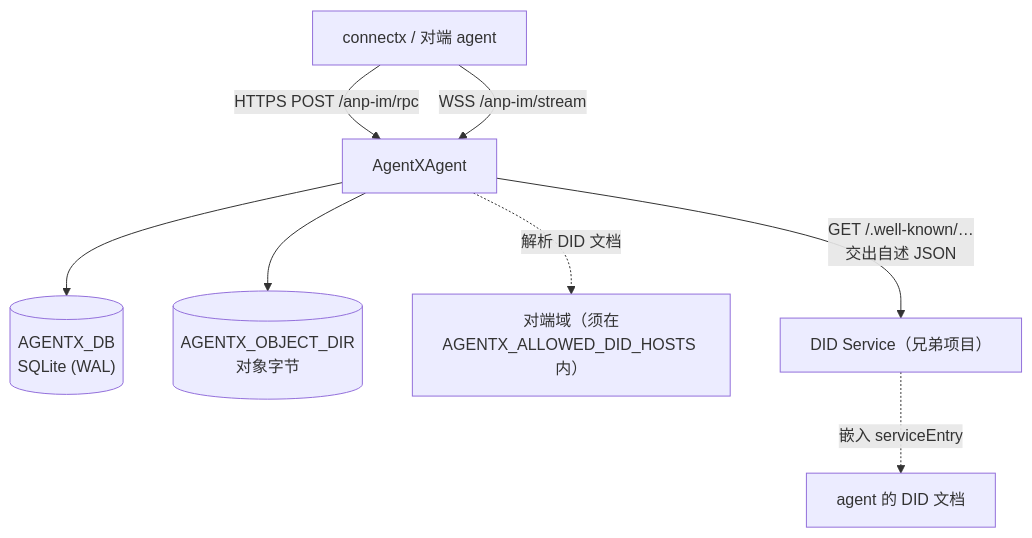
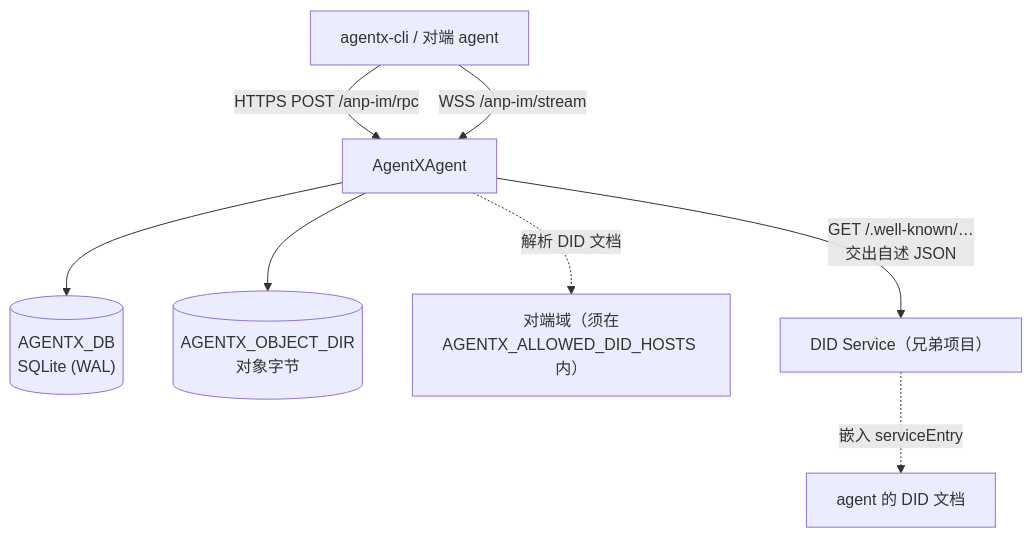
One commit to eccstartup/anpio-cli changed the diagram in vercel/guide/deploy.md. Above: the diagram before and after it, drawn with Mermaid. The commit also changed 17 other files, not shown here.

First line of the commit message:
docs(site): the guides teach agentx-cli now, not connectx

````diff
--- a/vercel/guide/deploy.md
+++ b/vercel/guide/deploy.md
@@ -18,10 +18,10 @@
 ```mermaid
 graph TD
-  Client["connectx / 对端 agent"] -->|"HTTPS POST /anp-im/rpc"| SVC["AgentXAgent"]
+  Client["agentx-cli / 对端 agent"] -->|"HTTPS POST /anp-im/rpc"| SVC["AgentXAgent"]
   Client -->|"WSS /anp-im/stream"| SVC
   SVC --> DB[("AGENTX_DB<br/>SQLite (WAL)")]
   SVC --> OBJ[("AGENTX_OBJECT_DIR<br/>对象字节")]
   SVC -. "解析 DID 文档" .-> DID["对端域（须在<br/>AGENTX_ALLOWED_DID_HOSTS 内）"]
   DIDService["DID Service（兄弟项目）"] -. "嵌入 serviceEntry" .-> DOC["agent 的 DID 文档"]
   SVC -->|"GET /.well-known/…<br/>交出自述 JSON"| DIDService
 ```
````
